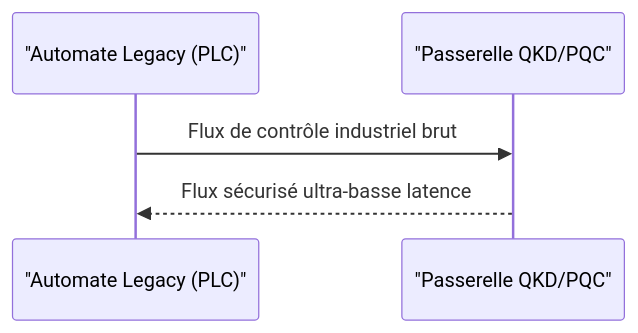
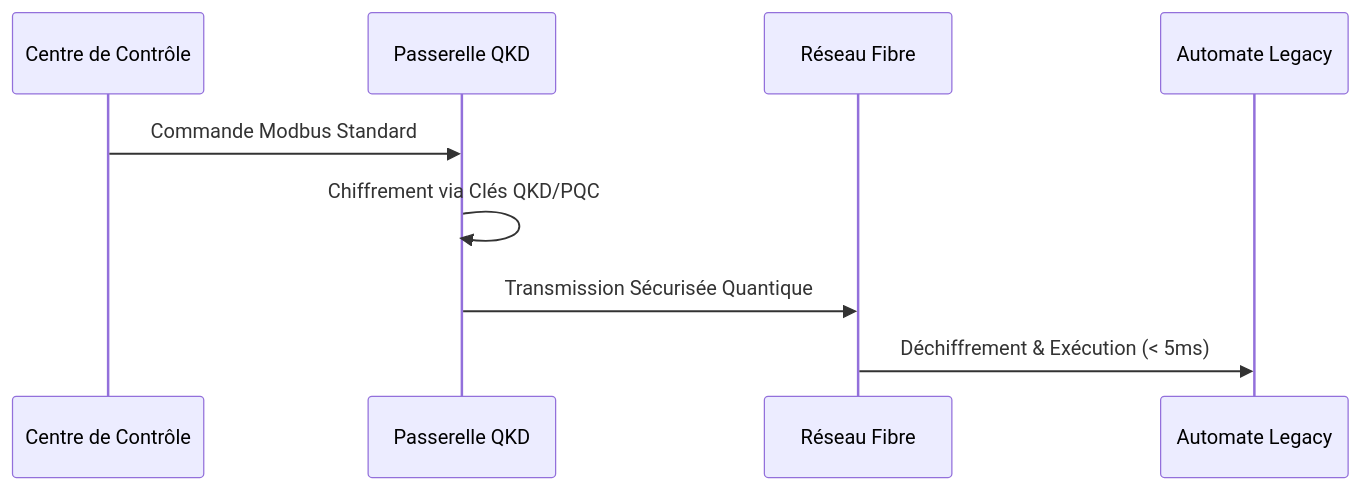
The second of 2 diagrams in archive/qkd-ot-network/README.fr.md (flouzzy/top-100-ai-startup-ideas), drawn with Mermaid before and after one commit. The commit also changed other lines of this file and 56 other files, not shown here.

````diff
--- a/archive/qkd-ot-network/README.fr.md
+++ b/archive/qkd-ot-network/README.fr.md
@@ -37,7 +38,11 @@
 ```mermaid
 sequenceDiagram
-    participant O as "Automate Legacy (PLC)"
-    participant Q as "Passerelle QKD/PQC"
-    O->>Q: Flux de contrôle industriel brut
-    Q-->>O: Flux sécurisé ultra-basse latence
+    participant SCADA as Centre de Contrôle
+    participant Passerelle as Passerelle QKD
+    participant Reseau as Réseau Fibre
+    participant PLC as Automate Legacy
+    SCADA->>Passerelle: Commande Modbus Standard
+    Passerelle->>Passerelle: Chiffrement via Clés QKD/PQC
+    Passerelle->>Reseau: Transmission Sécurisée Quantique
+    Reseau->>PLC: Déchiffrement & Exécution (< 5ms)
 ```
````
